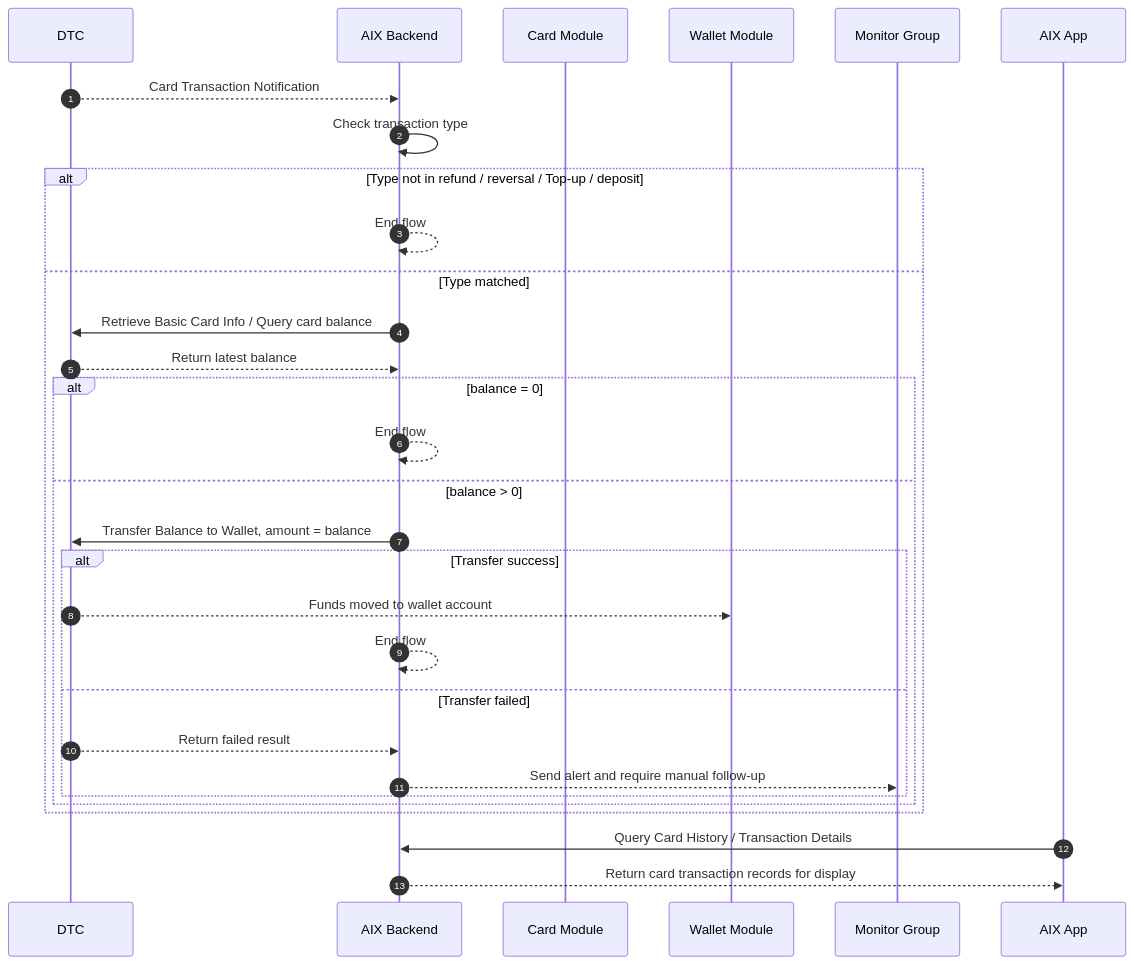
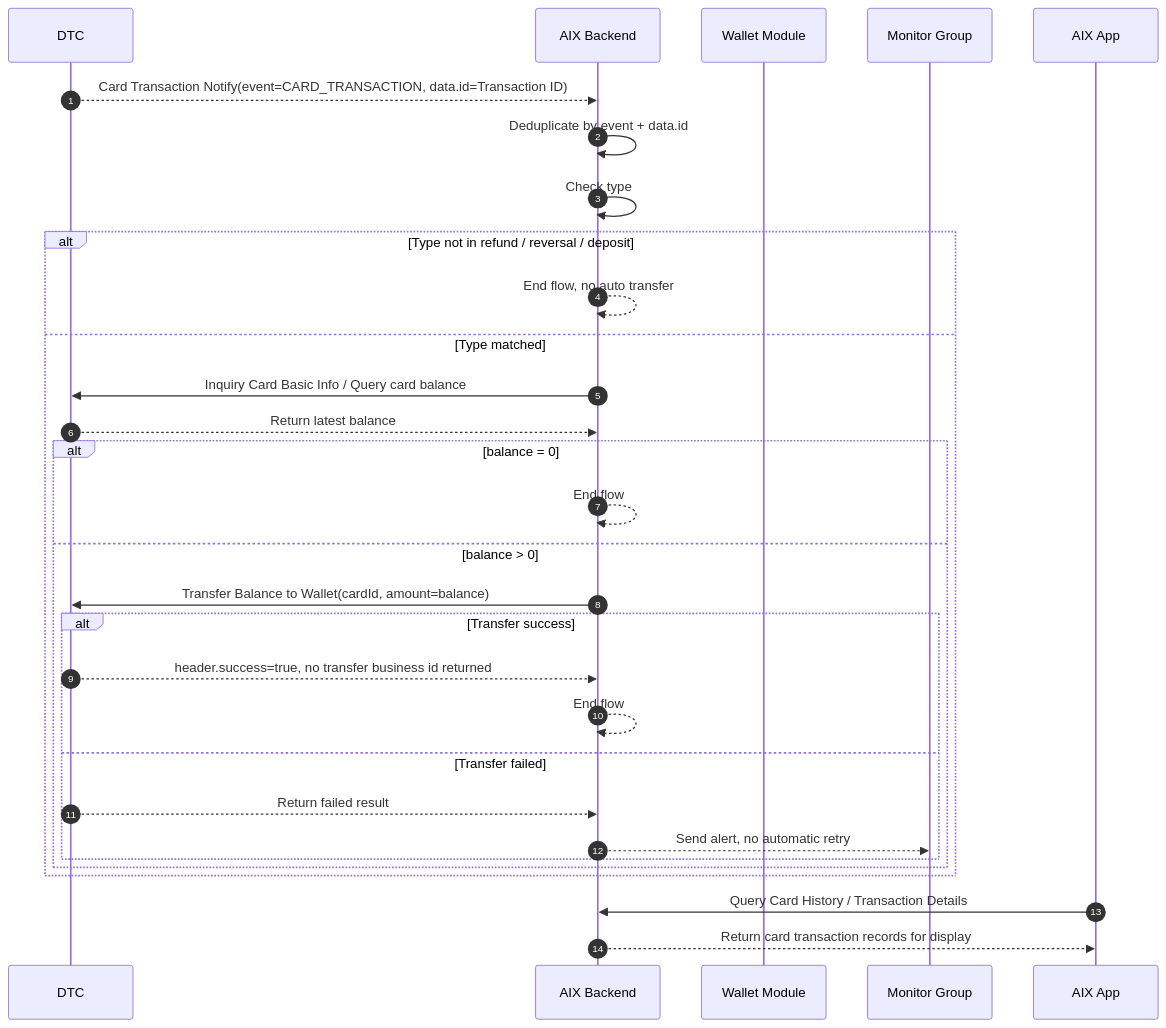
The diagram in knowledge-base/card/card-transaction-flow.md (kelvin381539960-cyber/prd-for-ai), drawn with Mermaid before and after one commit. The commit also changed other lines of this file, not shown here.

Commit message:
Sync card transaction flow with confirmed traceability rules

````diff
--- a/knowledge-base/card/card-transaction-flow.md
+++ b/knowledge-base/card/card-transaction-flow.md
@@ -59,34 +66,34 @@
 ```mermaid
 sequenceDiagram
     autonumber
     participant DTC as DTC
     participant AIX as AIX Backend
-    participant Card as Card Module
     participant Wallet as Wallet Module
     participant Monitor as Monitor Group
     participant UI as AIX App
 
-    DTC-->>AIX: Card Transaction Notification
-    AIX->>AIX: Check transaction type
-    alt Type not in refund / reversal / Top-up / deposit
-        AIX-->>AIX: End flow
+    DTC-->>AIX: Card Transaction Notify(event=CARD_TRANSACTION, data.id=Transaction ID)
+    AIX->>AIX: Deduplicate by event + data.id
+    AIX->>AIX: Check type
+    alt Type not in refund / reversal / deposit
+        AIX-->>AIX: End flow, no auto transfer
     else Type matched
-        AIX->>DTC: Retrieve Basic Card Info / Query card balance
+        AIX->>DTC: Inquiry Card Basic Info / Query card balance
         DTC-->>AIX: Return latest balance
         alt balance = 0
             AIX-->>AIX: End flow
         else balance > 0
-            AIX->>DTC: Transfer Balance to Wallet, amount = balance
+            AIX->>DTC: Transfer Balance to Wallet(cardId, amount=balance)
             alt Transfer success
-                DTC-->>Wallet: Funds moved to wallet account
+                DTC-->>AIX: header.success=true, no transfer business id returned
                 AIX-->>AIX: End flow
             else Transfer failed
                 DTC-->>AIX: Return failed result
-                AIX-->>Monitor: Send alert and require manual follow-up
+                AIX-->>Monitor: Send alert, no automatic retry
             end
         end
     end
 
     UI->>AIX: Query Card History / Transaction Details
     AIX-->>UI: Return card transaction records for display
 ```
````
